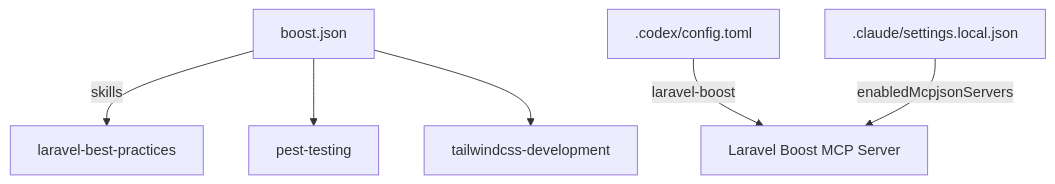
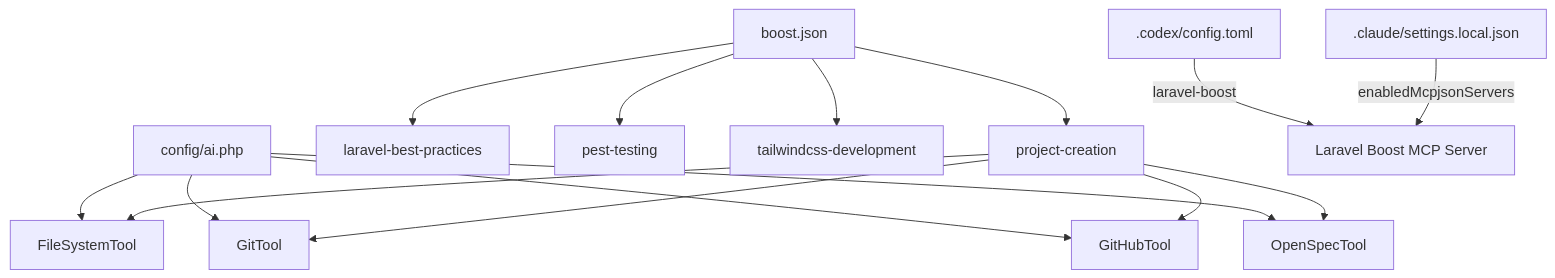
Before and after one commit to siimliimand/laravel-assistant: the fifth of 5 diagrams in .qoder/repowiki/en/content/AI Integration System/Agent System/Skill System/Skill System.md, drawn with Mermaid. The commit also changed other lines of this file and 3 other files, not shown here.

First line of the commit message:
feat(project-creation): integrate MCP client for enhanced project creation workflow

````diff
--- a/.qoder/repowiki/en/content/AI Integration System/Agent System/Skill System/Skill System.md
+++ b/.qoder/repowiki/en/content/AI Integration System/Agent System/Skill System/Skill System.md
@@ -277,11 +401,29 @@
 ```mermaid
 graph TB
 BJ["boost.json"]
 CS[".claude/settings.local.json"]
 CT[".codex/config.toml"]
-BJ --> |"skills"| LBP["laravel-best-practices"]
-BJ --> PT["pest-testing"]
-BJ --> TW["tailwindcss-development"]
+CFG["config/ai.php"]
+FT["FileSystemTool"]
+GT["GitTool"]
+GHT["GitHubTool"]
+OST["OpenSpecTool"]
+LBP["laravel-best-practices"]
+PT["pest-testing"]
+TW["tailwindcss-development"]
+PC["project-creation"]
+BJ --> LBP
+BJ --> PT
+BJ --> TW
+BJ --> PC
 CT --> |"laravel-boost"| MCP["Laravel Boost MCP Server"]
 CS --> |"enabledMcpjsonServers"| MCP
+CFG --> FT
+CFG --> GT
+CFG --> GHT
+CFG --> OST
+PC --> FT
+PC --> GT
+PC --> GHT
+PC --> OST
 ```
````
